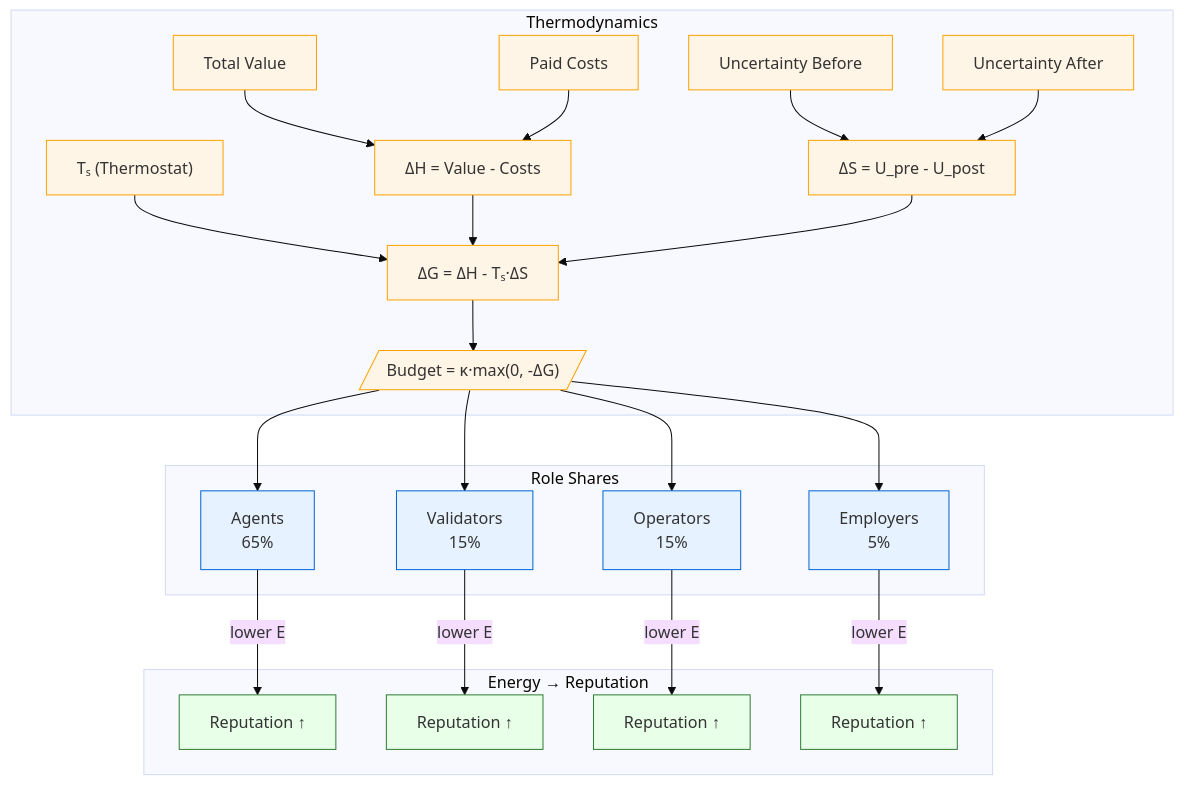
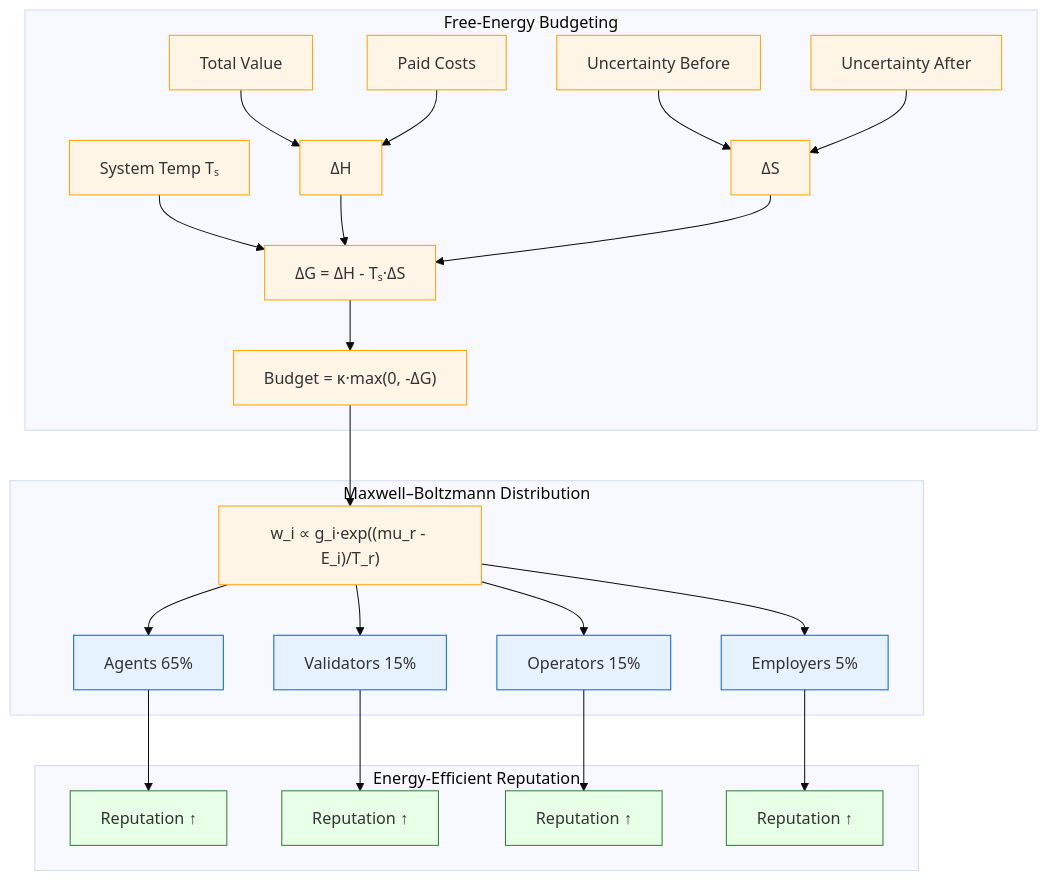
The first of 2 diagrams in README.md (MontrealAI/AGIJobsv0), drawn with Mermaid (base theme) before and after one commit. The commit also changed other lines of this file and 1 other file, not shown here.

Commit message:
docs: enhance thermodynamic incentive diagrams

````diff
--- a/README.md
+++ b/README.md
@@ -58,38 +58,37 @@
 ```mermaid
 flowchart TB
-    %% Thermodynamic free-energy budgeting
-    subgraph Thermodynamics
-        value[Total Value] --> dH["ΔH = Value - Costs"]
-        costs[Paid Costs] --> dH
-        u_pre[Uncertainty Before] --> dS["ΔS = U_pre - U_post"]
-        u_post[Uncertainty After] --> dS
-        Ts["Tₛ (Thermostat)"] --> dG["ΔG = ΔH - Tₛ·ΔS"]
+    %% Thermodynamic free-energy budgeting and allocation
+    subgraph Budgeting["Free-Energy Budgeting"]
+        V[Total Value] --> dH["ΔH"]
+        C[Paid Costs] --> dH
+        Upre[Uncertainty Before] --> dS["ΔS"]
+        Upost[Uncertainty After] --> dS
+        T[System Temp Tₛ] --> dG["ΔG = ΔH - Tₛ·ΔS"]
         dH --> dG
         dS --> dG
-        dG --> budget[/"Budget = κ·max(0, -ΔG)"/]
+        dG --> budget["Budget = κ·max(0, -ΔG)"]
     end
 
-    %% Role distribution from the free-energy budget
-    subgraph Distribution["Role Shares"]
-        budget --> A["Agents\n65%"]
-        budget --> V["Validators\n15%"]
-        budget --> O["Operators\n15%"]
-        budget --> E["Employers\n5%"]
+    subgraph MB["Maxwell–Boltzmann Distribution"]
+        budget --> weights["w_i ∝ g_i·exp((mu_r - E_i)/T_r)"]
+        weights --> Agents["Agents 65%"]
+        weights --> Validators["Validators 15%"]
+        weights --> Operators["Operators 15%"]
+        weights --> Employers["Employers 5%"]
     end
 
-    %% Energy-efficient reputation gains
-    subgraph Reputation["Energy → Reputation"]
-        A -->|lower E| RA["Reputation ↑"]
-        V -->|lower E| RV["Reputation ↑"]
-        O -->|lower E| RO["Reputation ↑"]
-        E -->|lower E| RE["Reputation ↑"]
+    subgraph Reputation["Energy‑Efficient Reputation"]
+        Agents --> RA["Reputation ↑"]
+        Validators --> RV["Reputation ↑"]
+        Operators --> RO["Reputation ↑"]
+        Employers --> RE["Reputation ↑"]
     end
 
     classDef thermo fill:#fff5e6,stroke:#ffa200,stroke-width:1px;
     classDef role fill:#e6f2ff,stroke:#0366d6,stroke-width:1px;
     classDef rep fill:#e8ffe8,stroke:#2e7d32,stroke-width:1px;
 
-    class value,costs,dH,u_pre,u_post,dS,Ts,dG,budget thermo;
-    class A,V,O,E role;
+    class V,C,Upre,Upost,T,dH,dS,dG,budget,weights thermo;
+    class Agents,Validators,Operators,Employers role;
     class RA,RV,RO,RE rep;
 ```
````
